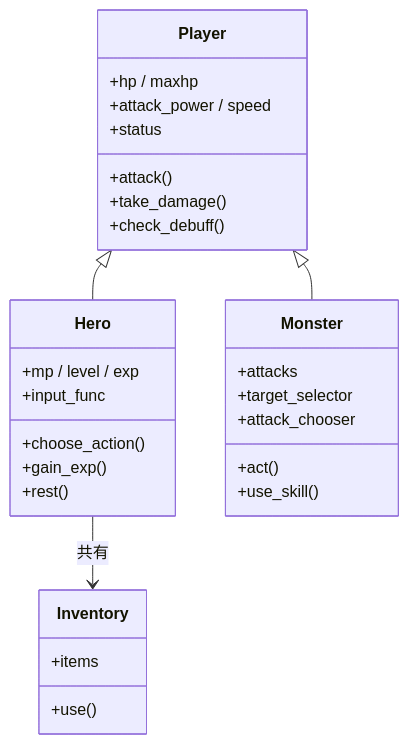
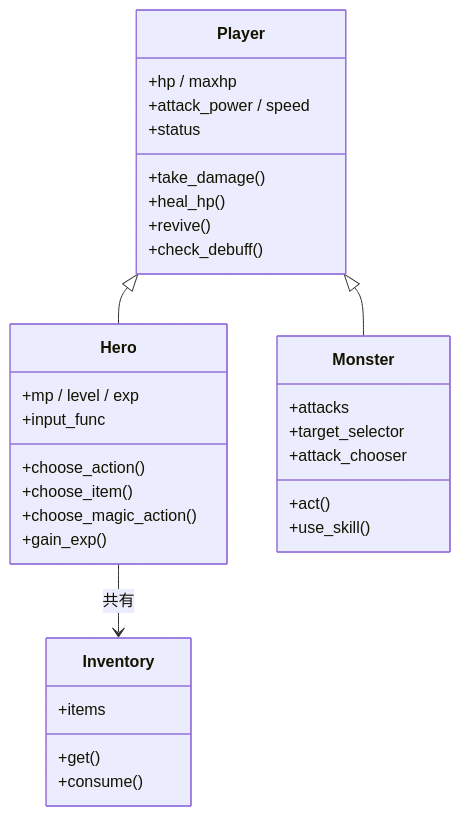
One commit to obata-y/fuzzy-meme changed the third of 3 diagrams in README.md. Above: the diagram before and after it, drawn with Mermaid. The commit also changed other lines of this file and 7 other files, not shown here.

```diff
--- a/README.md
+++ b/README.md
@@ -233,33 +439,36 @@
 ~~~mermaid
 classDiagram
     Player <|-- Hero
     Player <|-- Monster
     Hero --> Inventory : 共有
 
     class Player {
         +hp / maxhp
         +attack_power / speed
         +status
-        +attack()
         +take_damage()
+        +heal_hp()
+        +revive()
         +check_debuff()
     }
     class Hero {
         +mp / level / exp
         +input_func
         +choose_action()
+        +choose_item()
+        +choose_magic_action()
         +gain_exp()
-        +rest()
     }
     class Monster {
         +attacks
         +target_selector
         +attack_chooser
         +act()
         +use_skill()
     }
     class Inventory {
         +items
-        +use()
+        +get()
+        +consume()
     }
 ~~~
```
